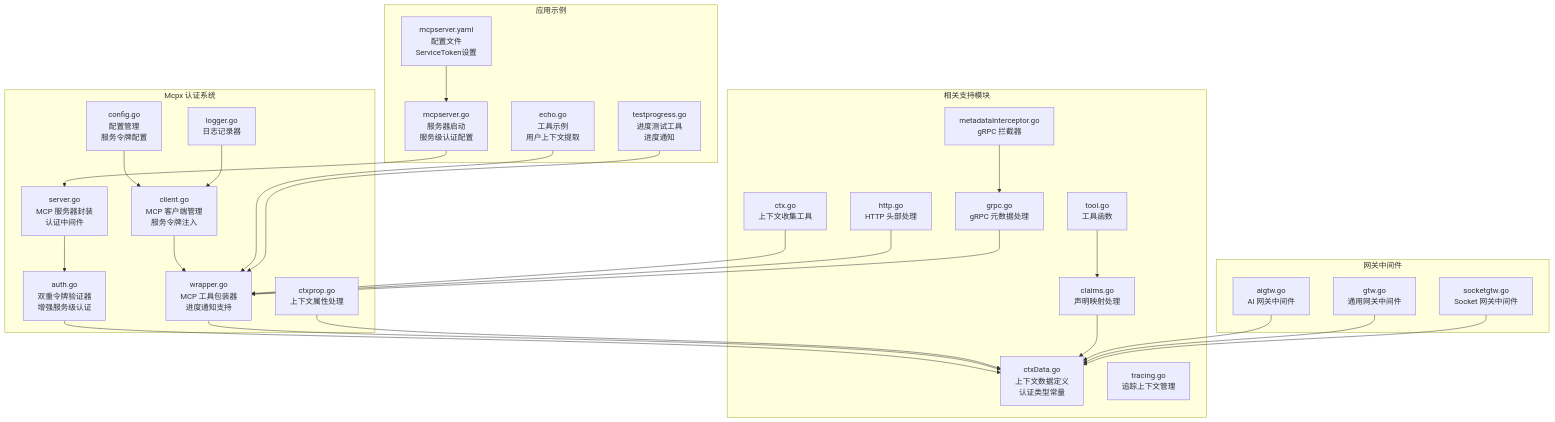
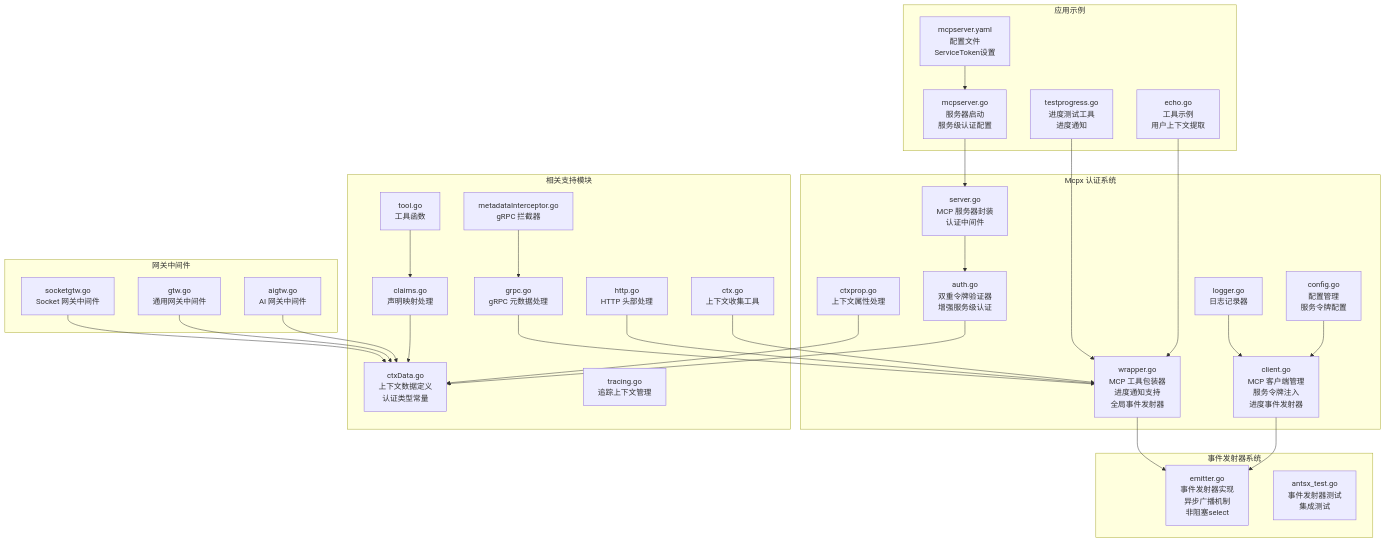
One commit to maomao94/zero-service changed the first of 14 diagrams in .qoder/repowiki/zh/content/Mcpx Authentication System.md. Above: the diagram before and after it, drawn with Mermaid. The commit also changed other lines of this file and 48 other files, not shown here.

````diff
--- a/.qoder/repowiki/zh/content/Mcpx Authentication System.md
+++ b/.qoder/repowiki/zh/content/Mcpx Authentication System.md
@@ -83,53 +87,57 @@
 ```mermaid
 graph TB
 subgraph "Mcpx 认证系统"
 A[auth.go<br/>双重令牌验证器<br/>增强服务级认证]
-B[client.go<br/>MCP 客户端管理<br/>服务令牌注入]
+B[client.go<br/>MCP 客户端管理<br/>服务令牌注入<br/>进度事件发射器]
 C[server.go<br/>MCP 服务器封装<br/>认证中间件]
 D[config.go<br/>配置管理<br/>服务令牌配置]
-E[wrapper.go<br/>MCP 工具包装器<br/>进度通知支持]
+E[wrapper.go<br/>MCP 工具包装器<br/>进度通知支持<br/>全局事件发射器]
 F[ctxprop.go<br/>上下文属性处理]
 G[logger.go<br/>日志记录器]
 end
+subgraph "事件发射器系统"
+H[emitter.go<br/>事件发射器实现<br/>异步广播机制<br/>非阻塞select]
+I[antsx_test.go<br/>事件发射器测试<br/>集成测试]
+end
 subgraph "相关支持模块"
-H[ctxData.go<br/>上下文数据定义<br/>认证类型常量]
-I[ctx.go<br/>上下文收集工具]
-J[claims.go<br/>声明映射处理]
-K[http.go<br/>HTTP 头部处理]
-L[grpc.go<br/>gRPC 元数据处理]
-M[tool.go<br/>工具函数]
-N[metadataInterceptor.go<br/>gRPC 拦截器]
-O[tracing.go<br/>追踪上下文管理]
+J[ctxData.go<br/>上下文数据定义<br/>认证类型常量]
+K[ctx.go<br/>上下文收集工具]
+L[claims.go<br/>声明映射处理]
+M[http.go<br/>HTTP 头部处理]
+N[grpc.go<br/>gRPC 元数据处理]
+O[tool.go<br/>工具函数]
+P[metadataInterceptor.go<br/>gRPC 拦截器]
+Q[tracing.go<br/>追踪上下文管理]
 end
 subgraph "应用示例"
-P[mcpserver.go<br/>服务器启动<br/>服务级认证配置]
-Q[mcpserver.yaml<br/>配置文件<br/>ServiceToken设置]
-R[echo.go<br/>工具示例<br/>用户上下文提取]
-S[testprogress.go<br/>进度测试工具<br/>进度通知]
+R[mcpserver.go<br/>服务器启动<br/>服务级认证配置]
+S[mcpserver.yaml<br/>配置文件<br/>ServiceToken设置]
+T[echo.go<br/>工具示例<br/>用户上下文提取]
+U[testprogress.go<br/>进度测试工具<br/>进度通知]
 end
 subgraph "网关中间件"
-T[aigtw.go<br/>AI 网关中间件]
-U[gtw.go<br/>通用网关中间件]
-V[socketgtw.go<br/>Socket 网关中间件]
+V[aigtw.go<br/>AI 网关中间件]
+W[gtw.go<br/>通用网关中间件]
+X[socketgtw.go<br/>Socket 网关中间件]
 end
-A --> H
-B --> E
+A --> J
+B --> H
 C --> A
 D --> B
 E --> H
-F --> H
+F --> J
 G --> B
-P --> C
-Q --> P
-R --> E
-S --> E
-I --> E
-J --> H
+R --> C
+S --> R
+T --> E
+U --> E
 K --> E
-L --> E
-M --> J
-N --> L
-T --> H
-U --> H
-V --> H
+L --> J
+M --> E
+N --> E
+O --> L
+P --> N
+V --> J
+W --> J
+X --> J
 ```
````
